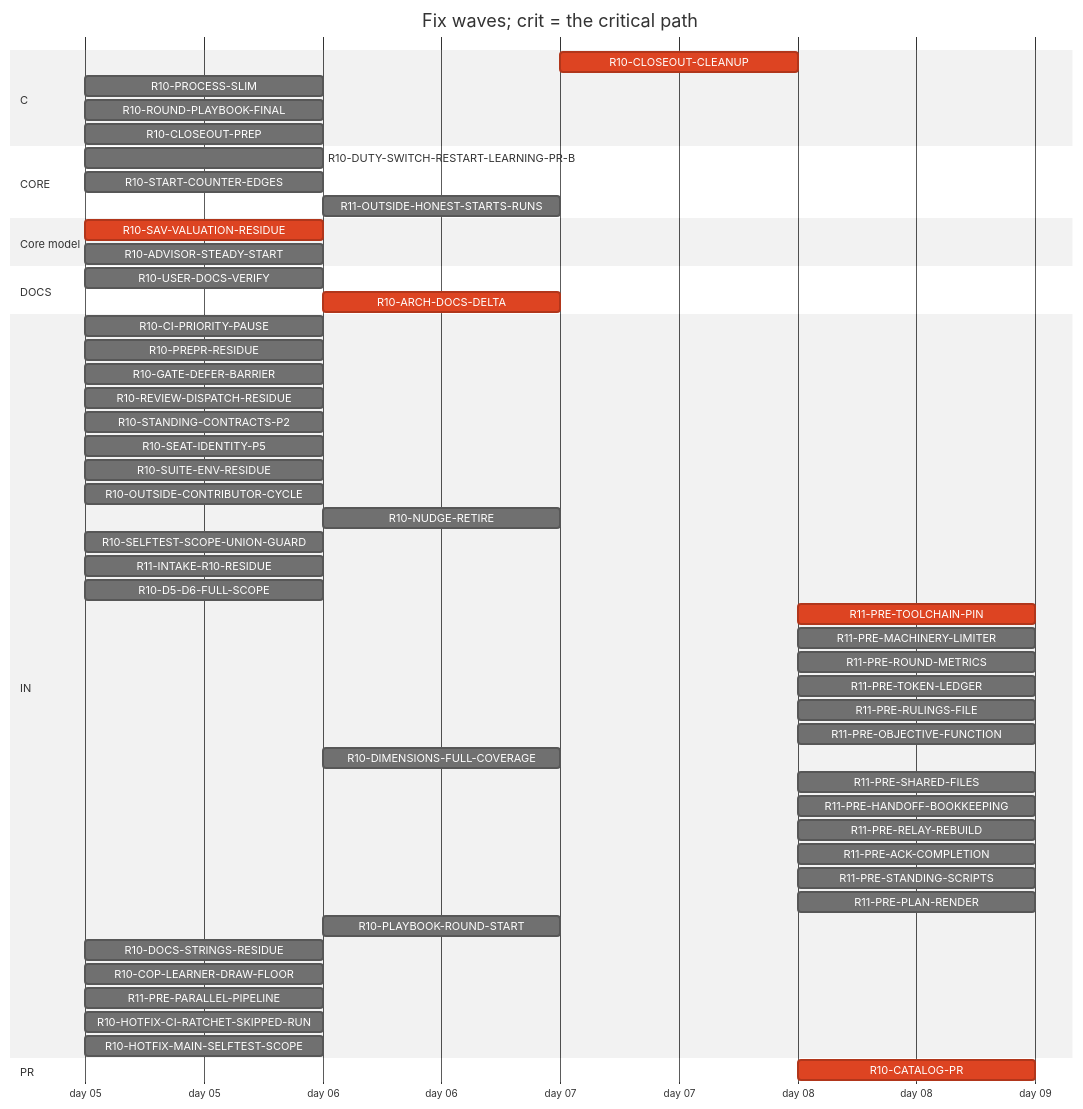
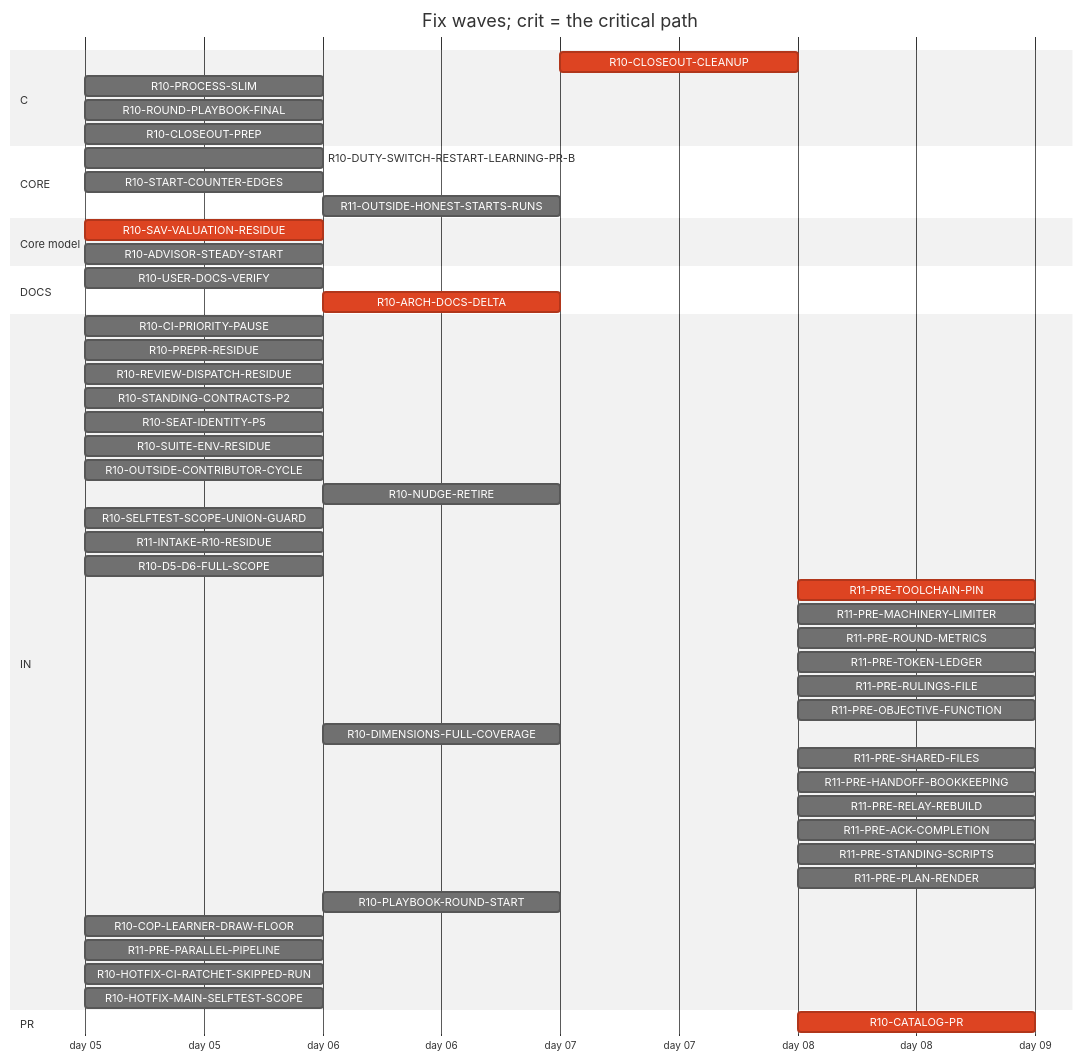
Before and after one commit to tvofi/heatpump_optimizer: the diagram in handoff/round10/state/PLAN-TABLE.md, drawn with Mermaid (neutral theme). The commit also changed other lines of this file and 4 other files, not shown here.

Commit message:
state: FLOW-BOARD.md, NEXT-SESSION-PROMPT.md, PLAN-TABLE.md, PLAN.html, RESUME-CURRENT.md regenerated (state_docs.py)

````diff
--- a/handoff/round10/state/PLAN-TABLE.md
+++ b/handoff/round10/state/PLAN-TABLE.md
@@ -19,55 +19,53 @@
 ```mermaid
 gantt
   title Fix waves; crit = the critical path
   dateFormat YYYY-MM-DD
   axisFormat day %d
   section C
     R10-CLOSEOUT-CLEANUP :crit, r10CLOSEOUTCLEANUP, after r10USERDOCSVERIFY r10CLOSEOUTPREP r10ARCHDOCSDELTA, 1d
     R10-PROCESS-SLIM :r10PROCESSSLIM, 2026-01-05, 1d
     R10-ROUND-PLAYBOOK-FINAL :r10ROUNDPLAYBOOKFINAL, 2026-01-05, 1d
     R10-CLOSEOUT-PREP :r10CLOSEOUTPREP, 2026-01-05, 1d
   section CORE
     R10-DUTY-SWITCH-RESTART-LEARNING-PR-B :r10DUTYSWITCHRESTARTLEARNINGPRB, 2026-01-05, 1d
     R10-START-COUNTER-EDGES :r10STARTCOUNTEREDGES, 2026-01-05, 1d
     R11-OUTSIDE-HONEST-STARTS-RUNS :r11OUTSIDEHONESTSTARTSRUNS, after r10ADVISORSTEADYSTART, 1d
   section Core model
     R10-SAV-VALUATION-RESIDUE :crit, r10SAVVALUATIONRESIDUE, 2026-01-05, 1d
     R10-ADVISOR-STEADY-START :r10ADVISORSTEADYSTART, 2026-01-05, 1d
   section DOCS
     R10-USER-DOCS-VERIFY :r10USERDOCSVERIFY, 2026-01-05, 1d
     R10-ARCH-DOCS-DELTA :crit, r10ARCHDOCSDELTA, after r10SAVVALUATIONRESIDUE r10ADVISORSTEADYSTART, 1d
   section IN
     R10-CI-PRIORITY-PAUSE :r10CIPRIORITYPAUSE, 2026-01-05, 1d
     R10-PREPR-RESIDUE :r10PREPRRESIDUE, 2026-01-05, 1d
-    R10-GATE-DEFER-BARRIER :r10GATEDEFERBARRIER, 2026-01-05, 1d
     R10-REVIEW-DISPATCH-RESIDUE :r10REVIEWDISPATCHRESIDUE, 2026-01-05, 1d
     R10-STANDING-CONTRACTS-P2 :r10STANDINGCONTRACTSP2, 2026-01-05, 1d
     R10-SEAT-IDENTITY-P5 :r10SEATIDENTITYP5, 2026-01-05, 1d
     R10-SUITE-ENV-RESIDUE :r10SUITEENVRESIDUE, 2026-01-05, 1d
     R10-OUTSIDE-CONTRIBUTOR-CYCLE :r10OUTSIDECONTRIBUTORCYCLE, 2026-01-05, 1d
     R10-NUDGE-RETIRE :r10NUDGERETIRE, after r10ROUNDPLAYBOOKFINAL, 1d
     R10-SELFTEST-SCOPE-UNION-GUARD :r10SELFTESTSCOPEUNIONGUARD, 2026-01-05, 1d
     R11-INTAKE-R10-RESIDUE :r11INTAKER10RESIDUE, 2026-01-05, 1d
     R10-D5-D6-FULL-SCOPE :r10D5D6FULLSCOPE, 2026-01-05, 1d
     R11-PRE-TOOLCHAIN-PIN :crit, r11PRETOOLCHAINPIN, after r10CATALOGPR, 1d
     R11-PRE-MACHINERY-LIMITER :r11PREMACHINERYLIMITER, after r10CATALOGPR, 1d
     R11-PRE-ROUND-METRICS :r11PREROUNDMETRICS, after r10CATALOGPR, 1d
     R11-PRE-TOKEN-LEDGER :r11PRETOKENLEDGER, after r10CATALOGPR, 1d
     R11-PRE-RULINGS-FILE :r11PRERULINGSFILE, after r10CATALOGPR, 1d
     R11-PRE-OBJECTIVE-FUNCTION :r11PREOBJECTIVEFUNCTION, after r10CATALOGPR, 1d
     R10-DIMENSIONS-FULL-COVERAGE :r10DIMENSIONSFULLCOVERAGE, after r10D5D6FULLSCOPE, 1d
     R11-PRE-SHARED-FILES :r11PRESHAREDFILES, after r10CATALOGPR, 1d
     R11-PRE-HANDOFF-BOOKKEEPING :r11PREHANDOFFBOOKKEEPING, after r10CATALOGPR, 1d
     R11-PRE-RELAY-REBUILD :r11PRERELAYREBUILD, after r10CATALOGPR, 1d
     R11-PRE-ACK-COMPLETION :r11PREACKCOMPLETION, after r10CATALOGPR, 1d
     R11-PRE-STANDING-SCRIPTS :r11PRESTANDINGSCRIPTS, after r10CATALOGPR, 1d
     R11-PRE-PLAN-RENDER :r11PREPLANRENDER, after r10CATALOGPR, 1d
     R10-PLAYBOOK-ROUND-START :r10PLAYBOOKROUNDSTART, after r10ROUNDPLAYBOOKFINAL, 1d
-    R10-DOCS-STRINGS-RESIDUE :r10DOCSSTRINGSRESIDUE, 2026-01-05, 1d
     R10-COP-LEARNER-DRAW-FLOOR :r10COPLEARNERDRAWFLOOR, 2026-01-05, 1d
     R11-PRE-PARALLEL-PIPELINE :r11PREPARALLELPIPELINE, 2026-01-05, 1d
     R10-HOTFIX-CI-RATCHET-SKIPPED-RUN :r10HOTFIXCIRATCHETSKIPPEDRUN, 2026-01-05, 1d
     R10-HOTFIX-MAIN-SELFTEST-SCOPE :r10HOTFIXMAINSELFTESTSCOPE, 2026-01-05, 1d
   section PR
     R10-CATALOG-PR :crit, r10CATALOGPR, after r10USERDOCSVERIFY r10CLOSEOUTCLEANUP r10CLOSEOUTPREP r10ARCHDOCSDELTA, 1d
 ```
````
